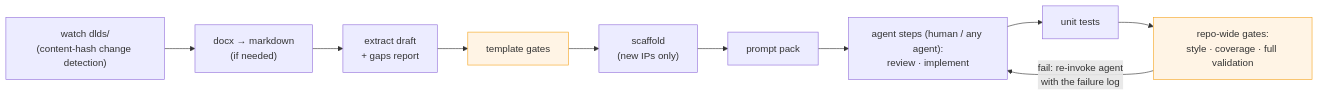
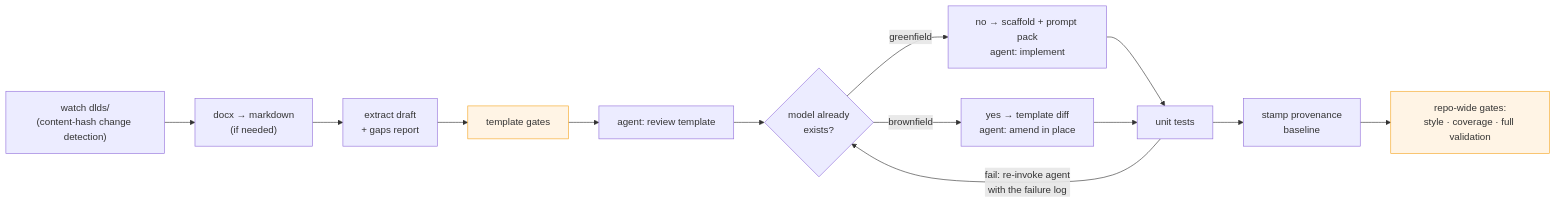
Before and after one commit to kushkumar16/ip_model_automation: the seventh of 9 diagrams in docs/project_overview.md, drawn with Mermaid. The commit also changed other lines of this file and 7 other files, not shown here.

First line of the commit message:
Sync the docs with the amend flow, target profile, and two-layer contract

````diff
--- a/docs/project_overview.md
+++ b/docs/project_overview.md
@@ -486,17 +486,22 @@
 ```mermaid
 flowchart LR
     WATCH["watch dlds/<br/>(content-hash change detection)"]
     CONV["docx → markdown<br/>(if needed)"]
     EXT["extract draft<br/>+ gaps report"]
     GATES["template gates"]
-    SCAF["scaffold<br/>(new IPs only)"]
-    PACK["prompt pack"]
-    AGENT["agent steps (human / any agent):<br/>review · implement"]
+    REVIEW["agent: review template"]
+    FORK{"model already<br/>exists?"}
+    GEN["no → scaffold + prompt pack<br/>agent: implement"]
+    AMEND["yes → template diff<br/>agent: amend in place"]
     TESTS["unit tests"]
+    STAMP["stamp provenance<br/>baseline"]
     REPO["repo-wide gates:<br/>style · coverage · full validation"]
 
-    WATCH --> CONV --> EXT --> GATES --> SCAF --> PACK --> AGENT --> TESTS --> REPO
-    REPO -->|fail: re-invoke agent<br/>with the failure log| AGENT
+    WATCH --> CONV --> EXT --> GATES --> REVIEW --> FORK
+    FORK -->|greenfield| GEN --> TESTS
+    FORK -->|brownfield| AMEND --> TESTS
+    TESTS --> STAMP --> REPO
+    TESTS -->|fail: re-invoke agent<br/>with the failure log| FORK
     classDef gate fill:#fff4e5,stroke:#f5a623;
     class GATES,REPO gate;
 ```
````
